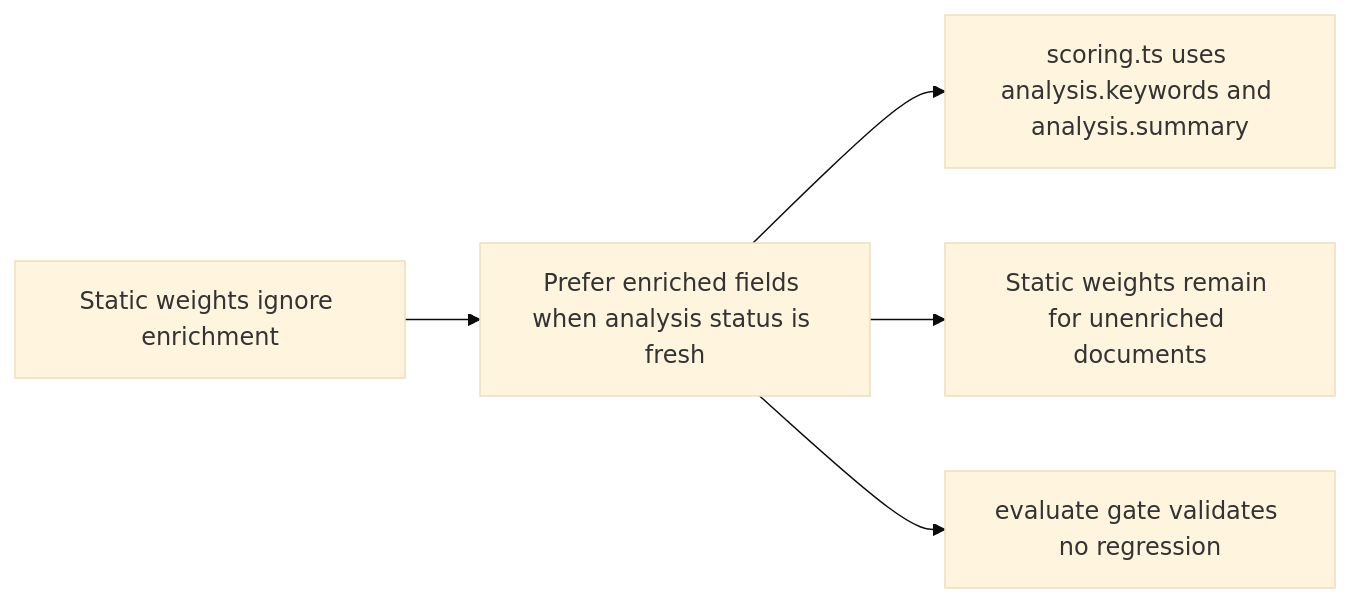
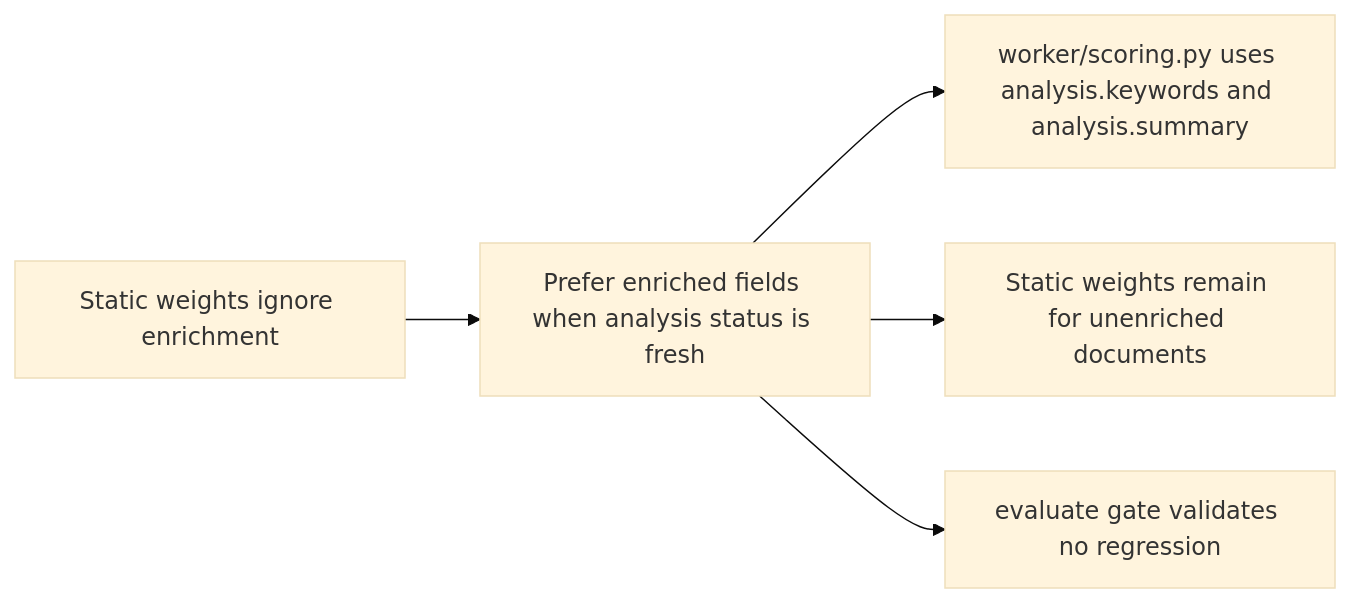
Before and after one commit to AlexAgo83/deepvault: the diagram in logics/architecture/adr_032_integrate_analyze_enrichment_fields_into_bishop_retrieval_scoring.md, drawn with Mermaid (base theme). The commit also changed other lines of this file and 20 other files, not shown here.

````diff
--- a/logics/architecture/adr_032_integrate_analyze_enrichment_fields_into_bishop_retrieval_scoring.md
+++ b/logics/architecture/adr_032_integrate_analyze_enrichment_fields_into_bishop_retrieval_scoring.md
@@ -15,9 +15,9 @@
 ```mermaid
 %% logics-kind: architecture
 %% logics-signature: architecture|integrate-analyze-enrichment-fields-into-bi|item-077-integrate-analyze-enrichment-into|static-weights-ignore-enrichment|prefer-enriched-fields-when-analysis-sta
 flowchart LR
     Current[Static weights ignore enrichment] --> Decision[Prefer enriched fields when analysis status is fresh]
-    Decision --> Scoring[scoring.ts uses analysis.keywords and analysis.summary]
+    Decision --> Scoring[worker/scoring.py uses analysis.keywords and analysis.summary]
     Decision --> Fallback[Static weights remain for unenriched documents]
     Decision --> Gate[evaluate gate validates no regression]
 ```
````
